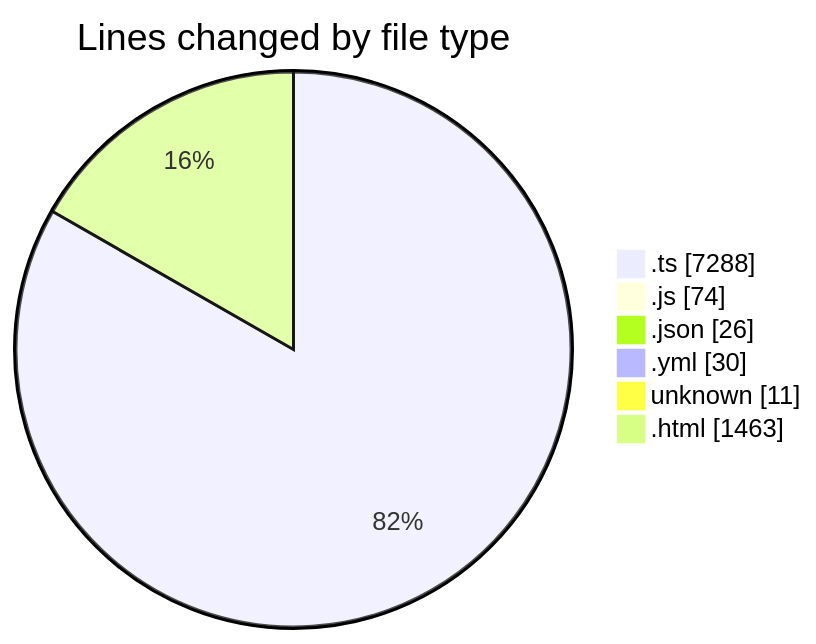
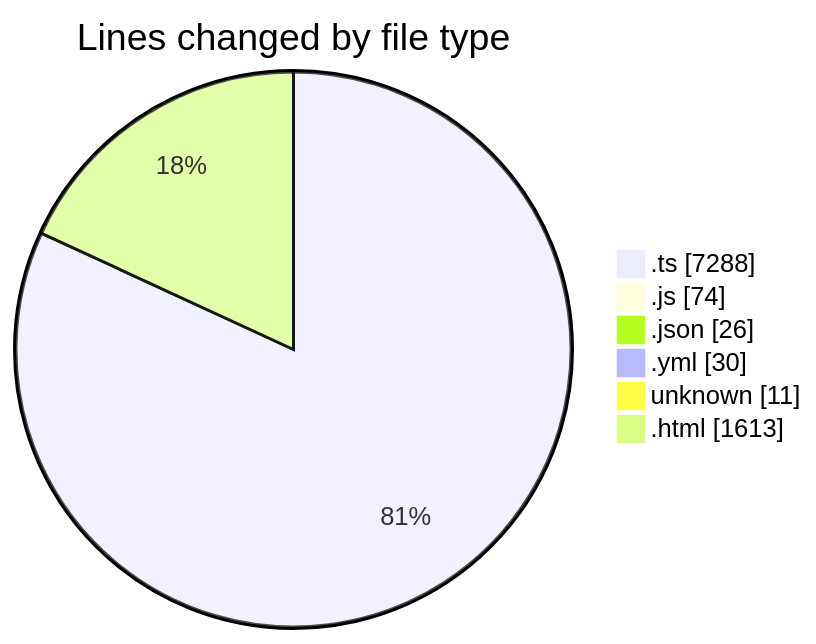
One commit to tmsrecording-cyber/code-tracking changed the first of 2 diagrams in 2026-02-07/singularitybrainai/README.md. Above: the diagram before and after it, drawn with Mermaid. The commit also changed other lines of this file and 1 other file, not shown here.

````diff
--- a/2026-02-07/singularitybrainai/README.md
+++ b/2026-02-07/singularitybrainai/README.md
@@ -41,10 +42,10 @@
 ```mermaid
 pie showData
 title Lines changed by file type
 ".ts" : 7288
 ".js" : 74
 ".json" : 26
 ".yml" : 30
 "unknown" : 11
-".html" : 1463
+".html" : 1613
 ```
````
